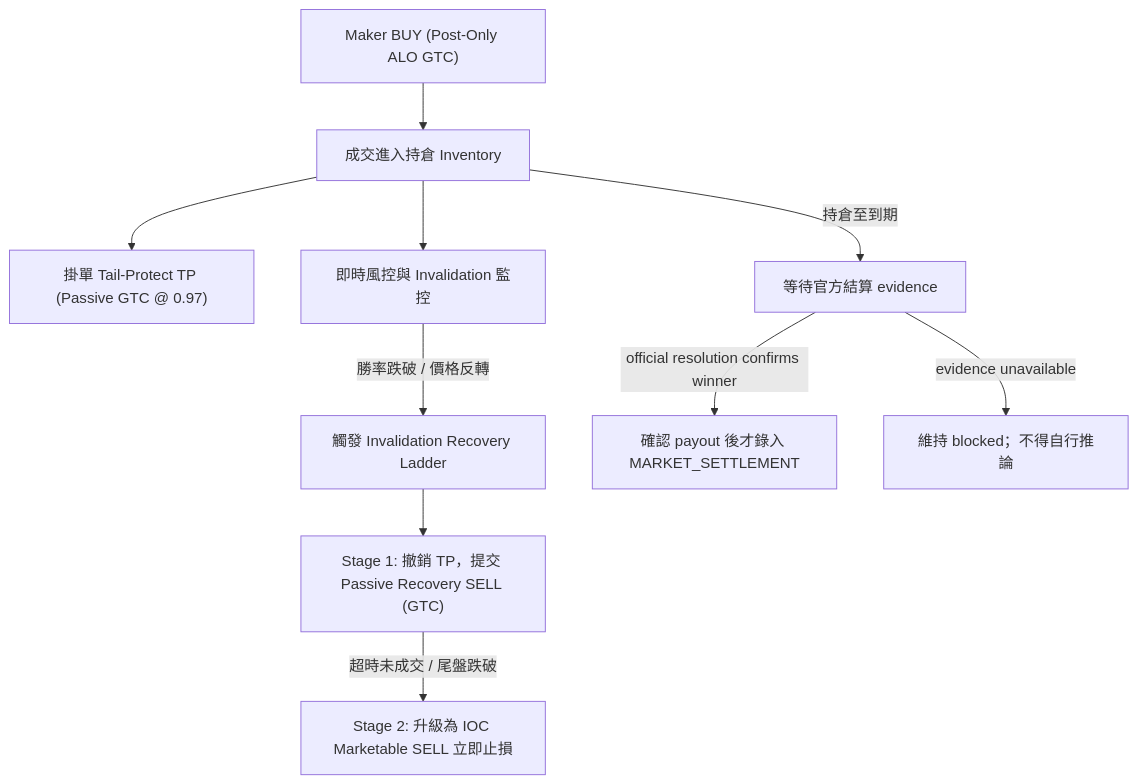
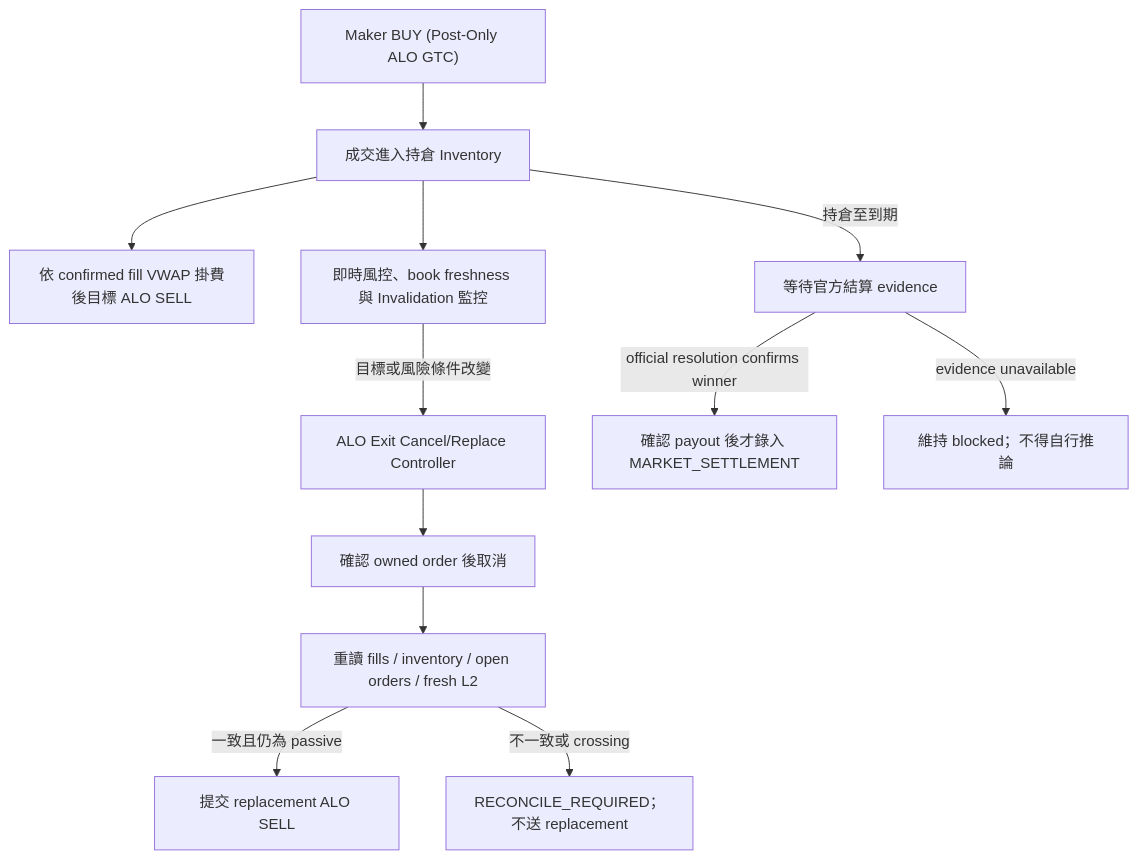
The third of 3 diagrams in hyperliquid_project_overview.md (ericeric0101/outcome_prediction_bot), drawn with Mermaid before and after one commit. The commit also changed other lines of this file and 5 other files, not shown here.

````diff
--- a/hyperliquid_project_overview.md
+++ b/hyperliquid_project_overview.md
@@ -507,14 +582,14 @@
 ```mermaid
 flowchart TD
     BUY["Maker BUY (Post-Only ALO GTC)"] --> FILL["成交進入持倉 Inventory"]
-    FILL --> TP["掛單 Tail-Protect TP (Passive GTC @ 0.97)"]
-    FILL --> MON["即時風控與 Invalidation 監控"]
-    
-    MON -->|勝率跌破 / 價格反轉| INV["觸發 Invalidation Recovery Ladder"]
-    INV --> STAGE1["Stage 1: 撤銷 TP，提交 Passive Recovery SELL (GTC)"]
-    STAGE1 -->|超時未成交 / 尾盤跌破| STAGE2["Stage 2: 升級為 IOC Marketable SELL 立即止損"]
-    
+    FILL --> TP["依 confirmed fill VWAP 掛費後目標 ALO SELL"]
+    FILL --> MON["即時風控、book freshness 與 Invalidation 監控"]
+    MON -->|目標或風險條件改變| RQ["ALO Exit Cancel/Replace Controller"]
+    RQ --> CANCEL["確認 owned order 後取消"]
+    CANCEL --> SYNC["重讀 fills / inventory / open orders / fresh L2"]
+    SYNC -->|一致且仍為 passive| REPLACE["提交 replacement ALO SELL"]
+    SYNC -->|不一致或 crossing| RECON["RECONCILE_REQUIRED；不送 replacement"]
     FILL -->|持倉至到期| SETTLE["等待官方結算 evidence"]
     SETTLE -->|official resolution confirms winner| WIN["確認 payout 後才錄入 MARKET_SETTLEMENT"]
     SETTLE -->|evidence unavailable| BLOCK["維持 blocked；不得自行推論"]
 ```
````
